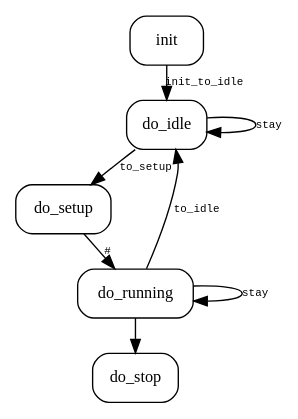
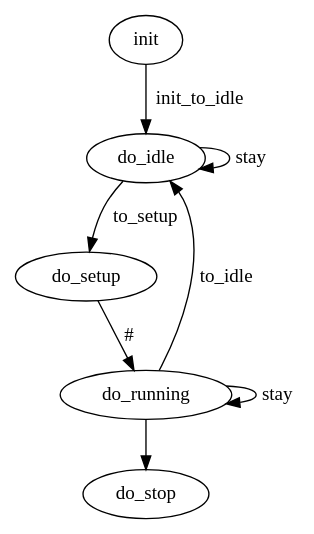
One commit to pbosetti/gv_fsm changed the diagram in sm.dot. Above: the diagram before and after it, drawn with Graphviz. The commit also changed 4 other files, not shown here.

```diff
--- a/sm.dot
+++ b/sm.dot
@@ -1,20 +1,15 @@
 digraph "gv_fsm example" {
-  layout=dot; newrank=true; nodesep=0.5; pack=true; splines = true; overlap = scale;
-  ranksep="0.1 equally"
-  node [shape=record, style=rounded, fontsize=12];
-  edge [fontname="Courier", fontsize=8]
-
   init
   idle [label="do_idle"]
   setup [label="do_setup"]
   running [label="do_running"]
   stop [label="do_stop"]
 
   init -> idle [label="init_to_idle"]
   idle -> idle [label="stay"]
   idle -> setup [label="to_setup"]
   setup -> running  [label="#"]
   running -> running [label="stay"]
   running -> idle [label="to_idle"]
   running -> stop
 }
```
